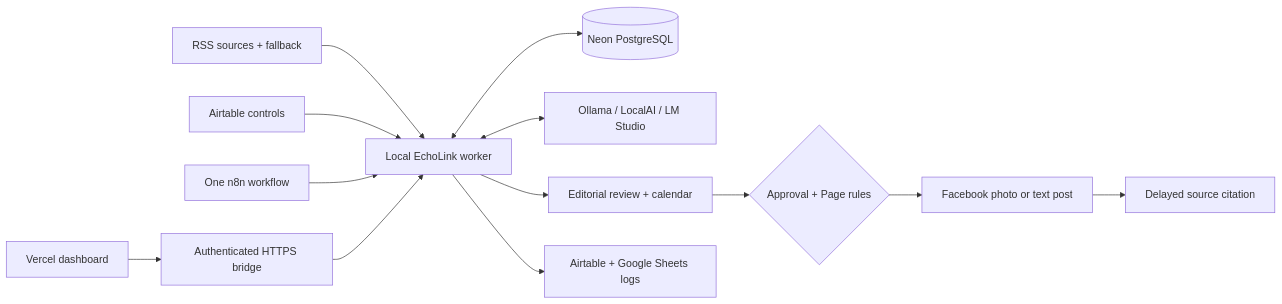
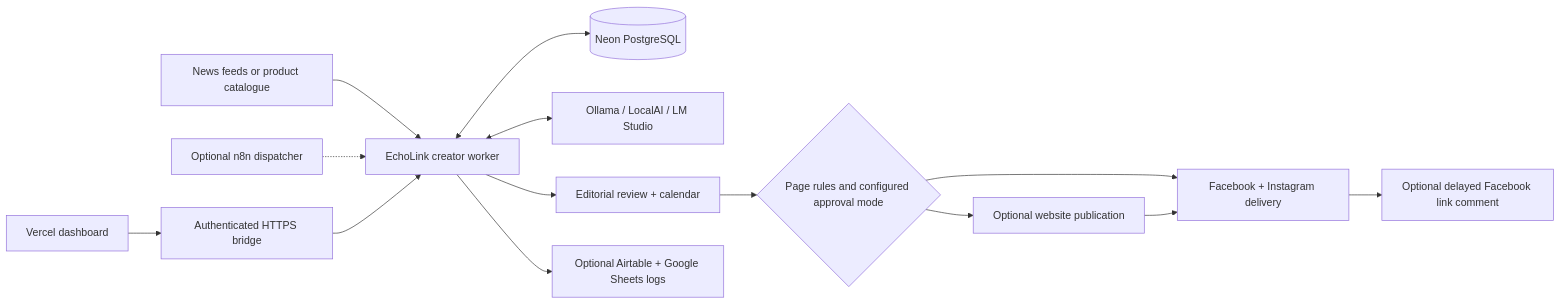
Before and after one commit to proffesergio/echolink: the diagram in README.md, drawn with Mermaid. The commit also changed other lines of this file and 210 other files, not shown here.

Commit message:
Add task-routed creator workflows and portable worker setup

````diff
--- a/README.md
+++ b/README.md
@@ -77,15 +85,16 @@
 ```mermaid
 flowchart LR
-    R[RSS sources + fallback] --> W[Local EchoLink worker]
-    A[Airtable controls] --> W
-    N[One n8n workflow] --> W
+    R[News feeds or product catalogue] --> W[EchoLink creator worker]
+    N[Optional n8n dispatcher] -.-> W
     W <--> P[(Neon PostgreSQL)]
     W <--> L[Ollama / LocalAI / LM Studio]
     W --> D[Editorial review + calendar]
-    D --> G{Approval + Page rules}
-    G --> F[Facebook photo or text post]
-    F --> C[Delayed source citation]
-    W --> S[Airtable + Google Sheets logs]
+    D --> G{Page rules and configured approval mode}
+    G --> O[Optional website publication]
+    G --> F[Facebook + Instagram delivery]
+    O --> F
+    F --> C[Optional delayed Facebook link comment]
+    W --> S[Optional Airtable + Google Sheets logs]
     V[Vercel dashboard] --> B[Authenticated HTTPS bridge]
     B --> W
 ```
````
